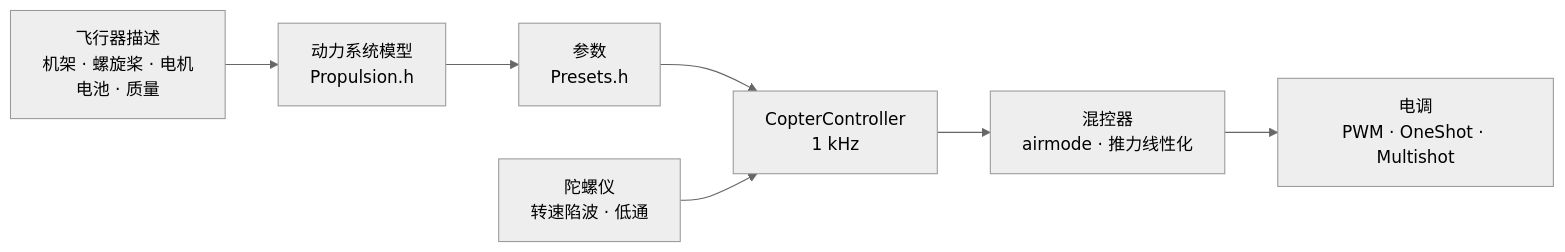
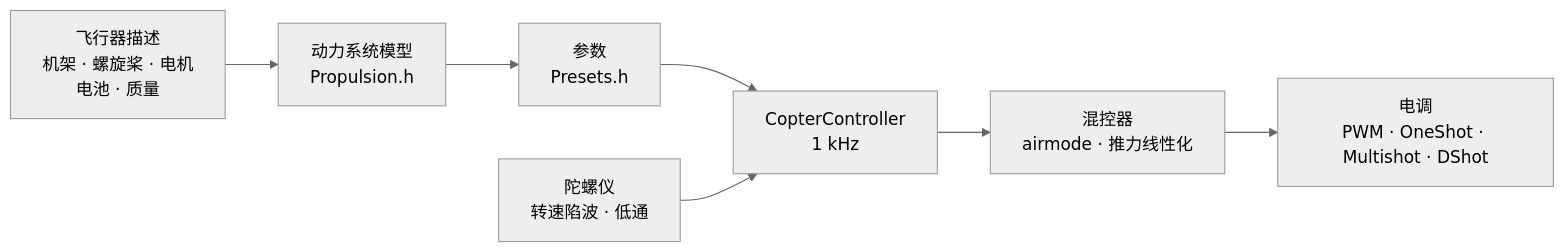
Before and after one commit to damir-lebedev/OpenPlaneProject: the diagram in docs/i18n/zh-CN/COPTER.md, drawn with Mermaid (neutral theme). The commit also changed other lines of this file and 21 other files, not shown here.

````diff
--- a/docs/i18n/zh-CN/COPTER.md
+++ b/docs/i18n/zh-CN/COPTER.md
@@ -9,9 +9,9 @@
 ```mermaid
 flowchart LR
     D["飞行器描述<br/>机架 · 螺旋桨 · 电机<br/>电池 · 质量"] --> M["动力系统模型<br/>Propulsion.h"]
     M --> T["参数<br/>Presets.h"]
     T --> C["CopterController<br/>1 kHz"]
     G["陀螺仪<br/>转速陷波 · 低通"] --> C
     C --> X["混控器<br/>airmode · 推力线性化"]
-    X --> E["电调<br/>PWM · OneShot · Multishot"]
+    X --> E["电调<br/>PWM · OneShot · Multishot · DShot"]
 ```
````
